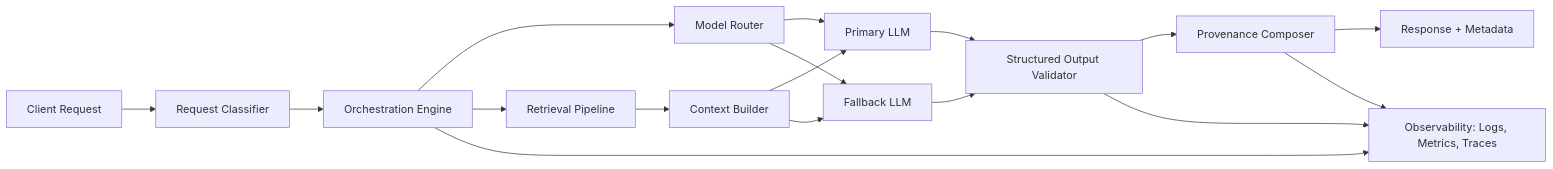
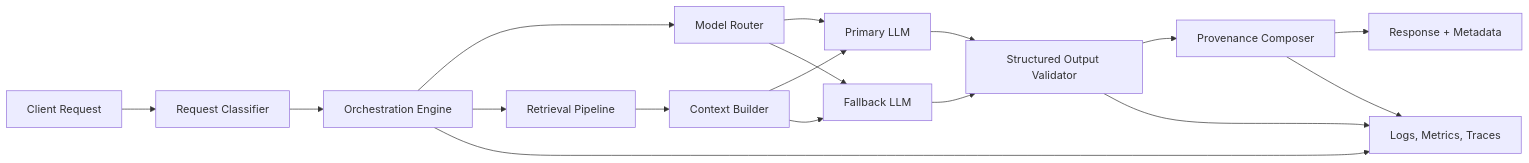
One commit to EolaFam1828/ai-intelligence-workflow changed the diagram in docs/SYSTEMS-ARCHITECTURE.md. Above: the diagram before and after it, drawn with Mermaid. The commit also changed other lines of this file and 5 other files, not shown here.

````diff
--- a/docs/SYSTEMS-ARCHITECTURE.md
+++ b/docs/SYSTEMS-ARCHITECTURE.md
@@ -17,19 +9,19 @@
 ```mermaid
 flowchart LR
     A["Client Request"] --> B["Request Classifier"]
     B --> C["Orchestration Engine"]
     C --> D["Model Router"]
     C --> E["Retrieval Pipeline"]
     E --> F["Context Builder"]
     D --> G["Primary LLM"]
     D --> H["Fallback LLM"]
     F --> G
     F --> H
     G --> I["Structured Output Validator"]
     H --> I
     I --> J["Provenance Composer"]
     J --> K["Response + Metadata"]
-    C --> L["Observability: Logs, Metrics, Traces"]
+    C --> L["Logs, Metrics, Traces"]
     I --> L
     J --> L
 ```
````
